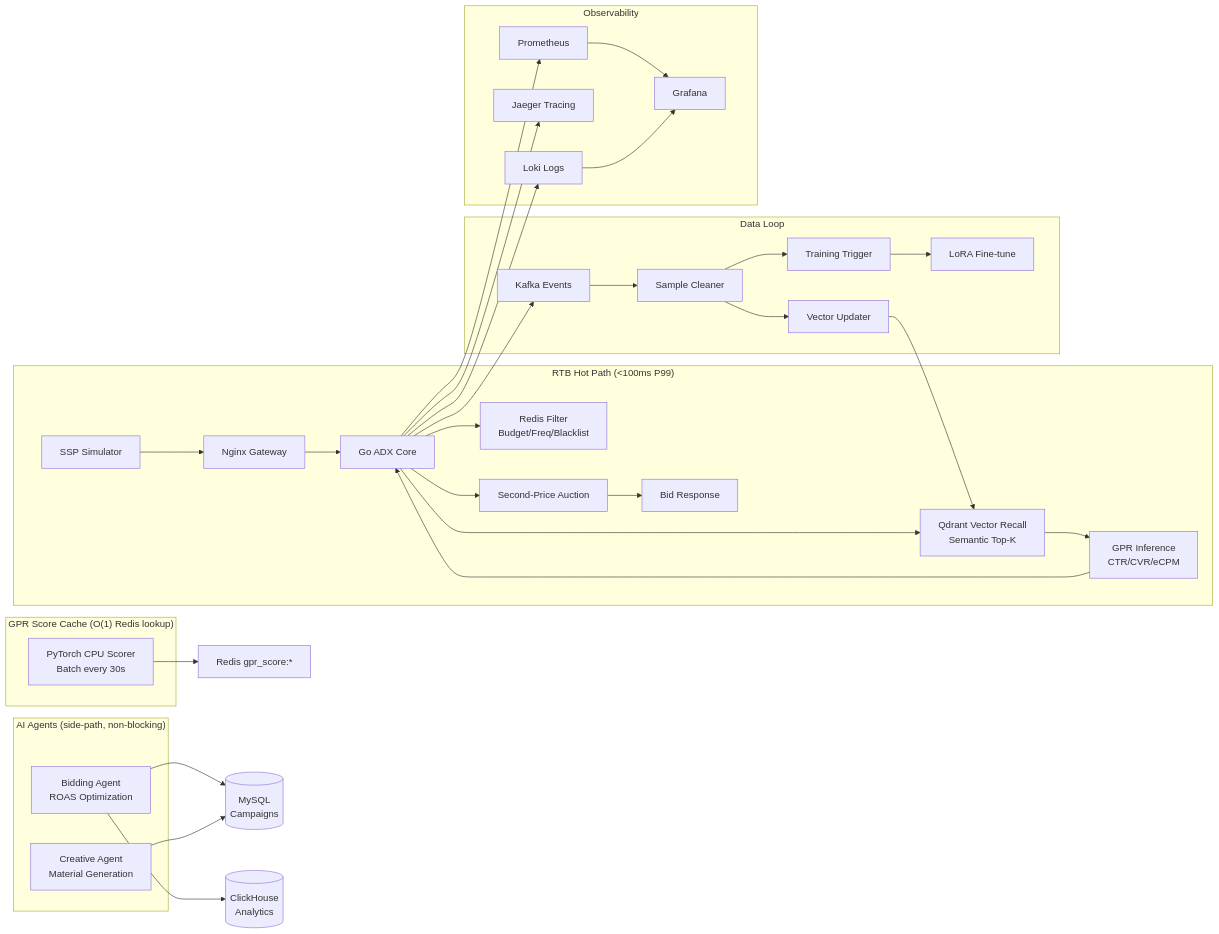
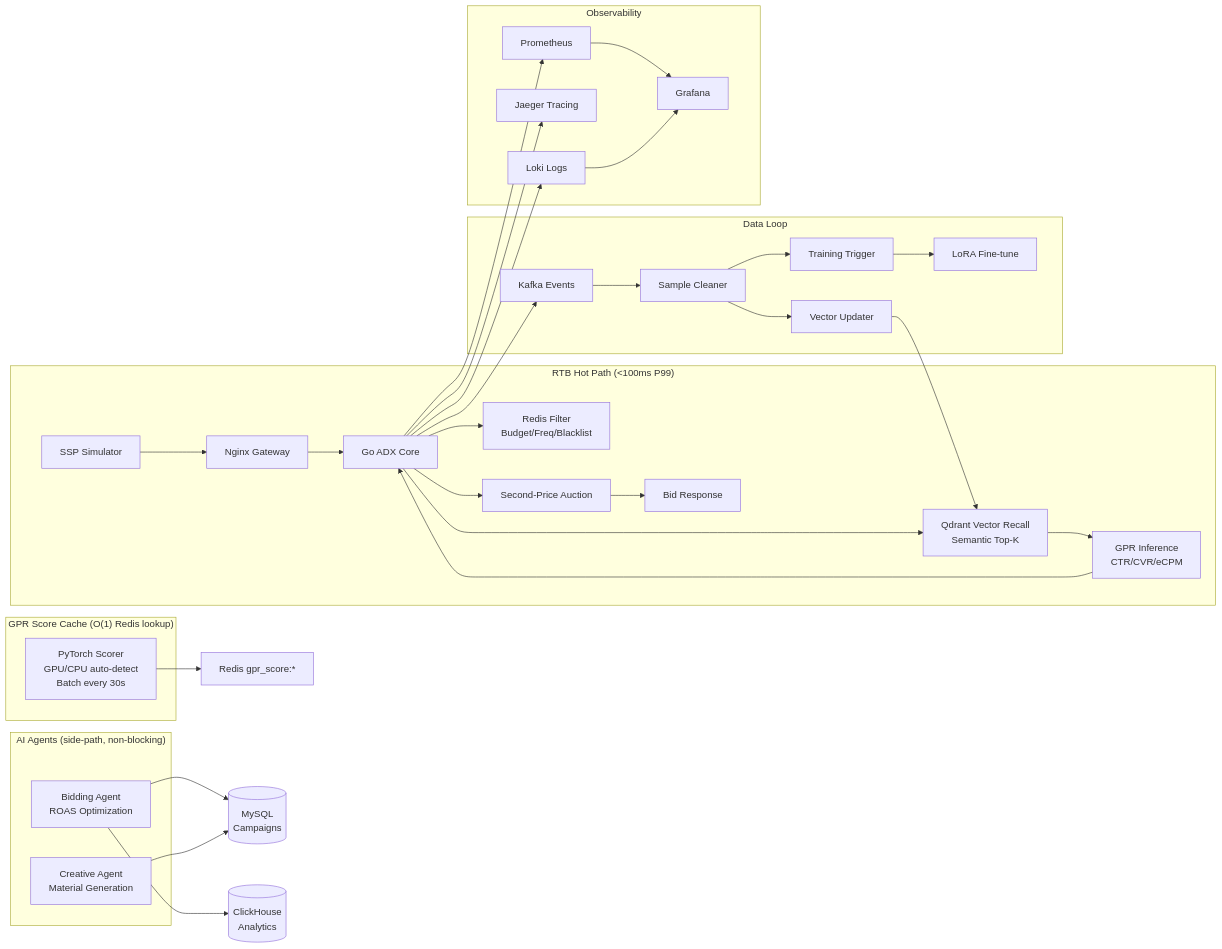
Before and after one commit to jlguo/agentic-adx: the diagram in README.md, drawn with Mermaid. The commit also changed other lines of this file and 2 other files, not shown here.

Commit message:
docs: update demo, README for GPU deployment and verified performance

````diff
--- a/README.md
+++ b/README.md
@@ -7,43 +7,43 @@
 ```mermaid
 flowchart LR
     subgraph Hot["RTB Hot Path (<100ms P99)"]
         SS["SSP Simulator"] --> NG["Nginx Gateway"]
         NG --> ADX["Go ADX Core"]
         ADX --> FLT["Redis Filter<br/>Budget/Freq/Blacklist"]
         ADX --> VEC["Qdrant Vector Recall<br/>Semantic Top-K"]
         VEC --> GPR["GPR Inference<br/>CTR/CVR/eCPM"]
         GPR --> ADX
         ADX --> AU["Second-Price Auction"]
         AU --> RES["Bid Response"]
     end
 
     subgraph Cache["GPR Score Cache (O(1) Redis lookup)"]
-        SCR["PyTorch CPU Scorer<br/>Batch every 30s"]
+        SCR["PyTorch Scorer<br/>GPU/CPU auto-detect<br/>Batch every 30s"]
     end
     SCR --> CACHE["Redis gpr_score:*"]
 
     subgraph Loop["Data Loop"]
         ADX --> KAFKA["Kafka Events"]
         KAFKA --> CLN["Sample Cleaner"]
         CLN --> TRG["Training Trigger"]
         TRG --> TRAIN["LoRA Fine-tune"]
         CLN --> VUP["Vector Updater"]
         VUP --> VEC
     end
 
     subgraph Agents["AI Agents (side-path, non-blocking)"]
         BID["Bidding Agent<br/>ROAS Optimization"]
         CRT["Creative Agent<br/>Material Generation"]
     end
     BID --> MYSQL[("MySQL<br/>Campaigns")]
     CRT --> MYSQL
     BID --> CK[("ClickHouse<br/>Analytics")]
 
     subgraph Obs["Observability"]
         ADX --> PRM["Prometheus"]
         ADX --> JGR["Jaeger Tracing"]
         PRM --> GRF["Grafana"]
         ADX --> LOG["Loki Logs"]
         LOG --> GRF
     end
 ```
````
